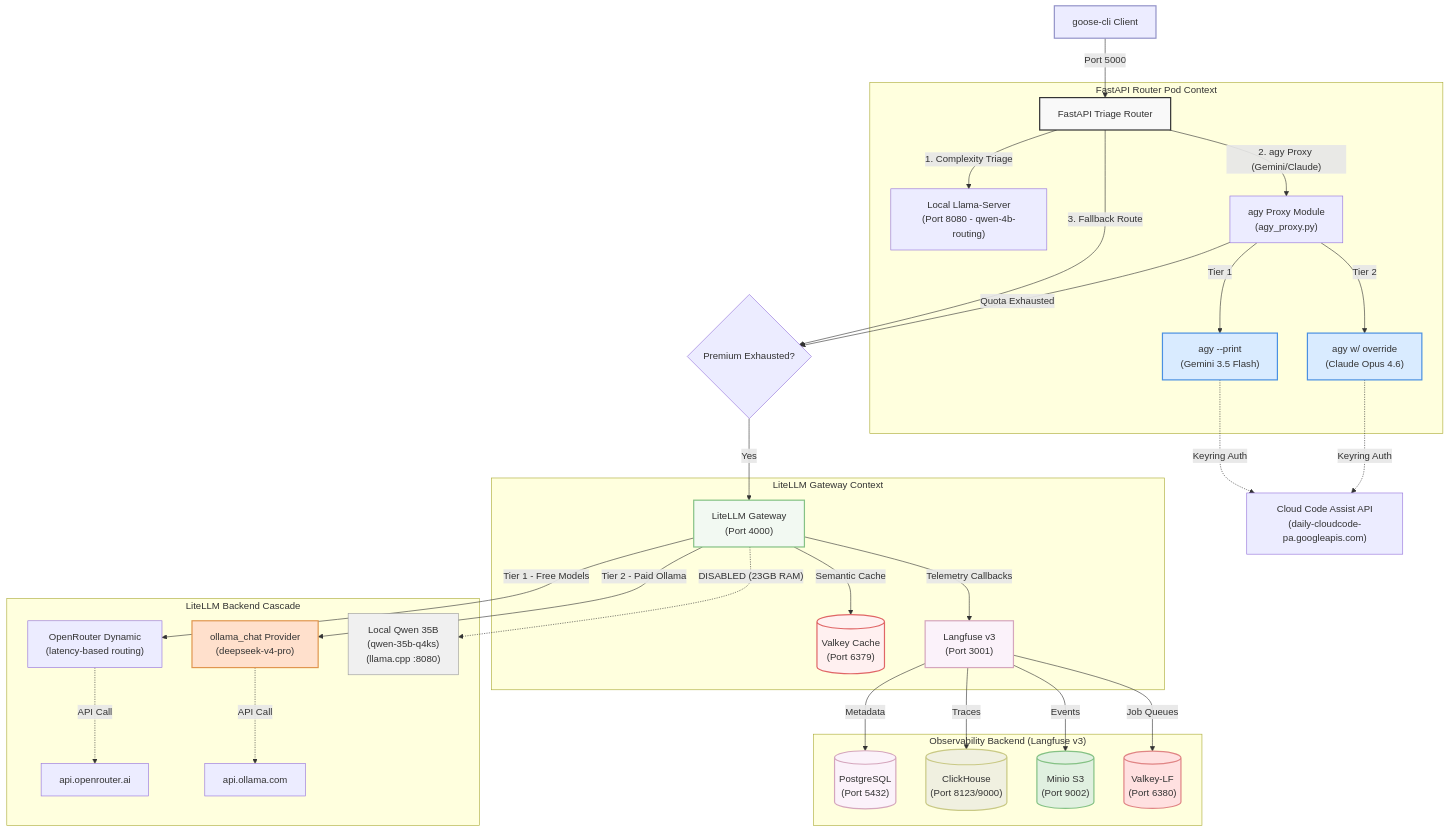
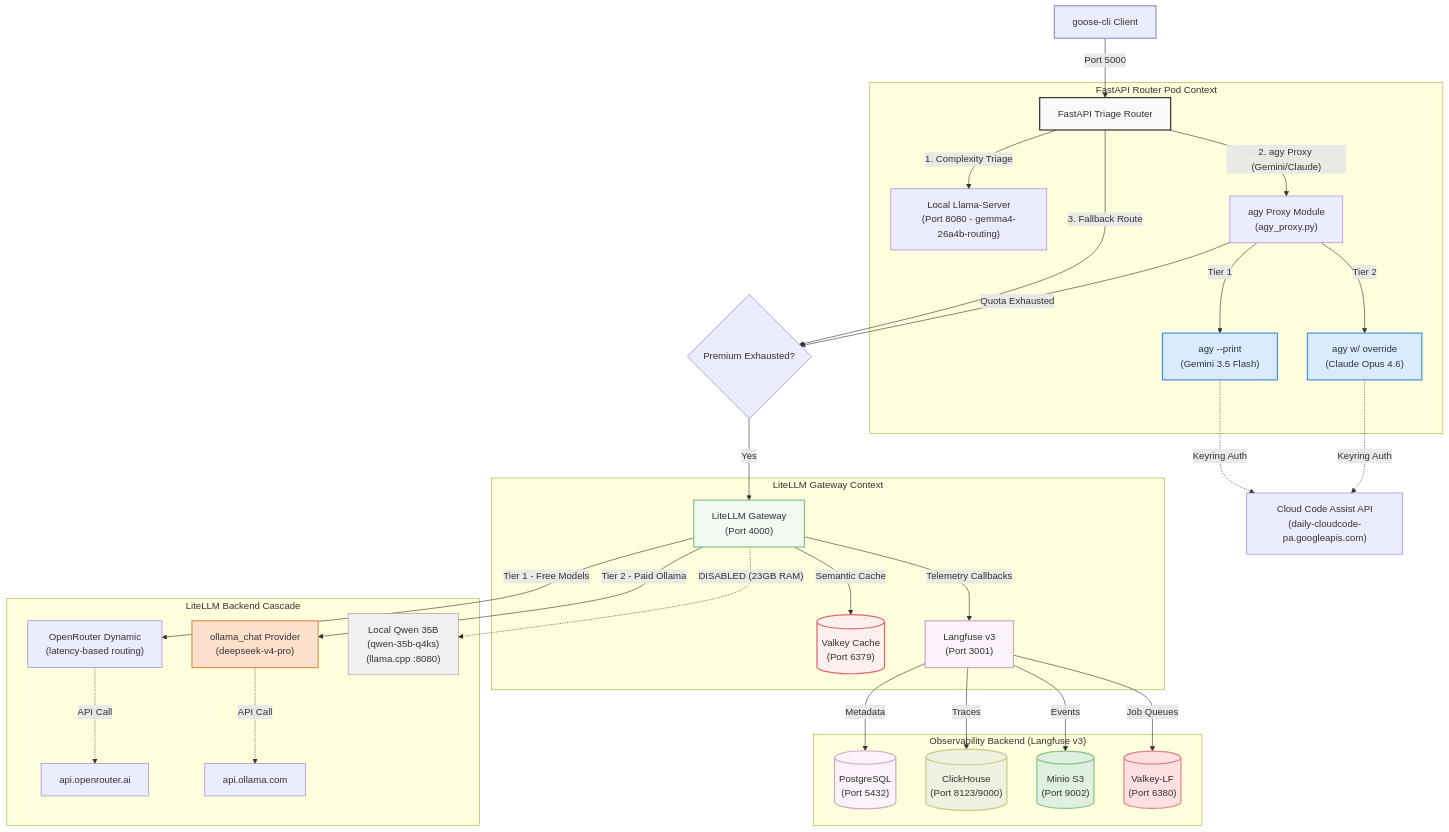
One commit to sheepdestroyer/LLM-Routing changed the first of 3 diagrams in README.md. Above: the diagram before and after it, drawn with Mermaid. The commit also changed other lines of this file and 5 other files, not shown here.

First line of the commit message:
Deploy llama-server classifier container and update routing configuration

````diff
--- a/README.md
+++ b/README.md
@@ -15,53 +15,53 @@
 ```mermaid
 graph TD
     Client["goose-cli Client"] -->|Port 5000| Router["FastAPI Triage Router"]
 
     subgraph FastAPIRouter ["FastAPI Router Pod Context"]
-        Router -->|1. Complexity Triage| LlamaServer["Local Llama-Server\n(Port 8080 - qwen-4b-routing)"]
+        Router -->|1. Complexity Triage| LlamaServer["Local Llama-Server\n(Port 8080 - gemma4-26a4b-routing)"]
         Router -->|"2. agy Proxy (Gemini/Claude)"| AgyProxy["agy Proxy Module\n(agy_proxy.py)"]
 
         AgyProxy -->|Tier 1| AgyGemini["agy --print\n(Gemini 3.5 Flash)"]
         AgyProxy -->|Tier 2| AgyOpus["agy w/ override\n(Claude Opus 4.6)"]
     end
 
     AgyGemini -.->|Keyring Auth| Google["Cloud Code Assist API\n(daily-cloudcode-pa.googleapis.com)"]
     AgyOpus -.->|Keyring Auth| Google
 
     Router -->|3. Fallback Route| RouteSelector{"Premium Exhausted?"}
     RouteSelector -->|Yes| LiteLLM["LiteLLM Gateway\n(Port 4000)"]
     AgyProxy -->|Quota Exhausted| RouteSelector
 
     subgraph LiteLLMGateway ["LiteLLM Gateway Context"]
         LiteLLM -->|Semantic Cache| Valkey[("Valkey Cache\n(Port 6379)")]
         LiteLLM -->|Telemetry Callbacks| Langfuse["Langfuse v3\n(Port 3001)"]
     end
 
     subgraph BackendRoutingCascade ["LiteLLM Backend Cascade"]
         LiteLLM -->|Tier 1 - Free Models| OpenRouter["OpenRouter Dynamic\n(latency-based routing)"]
         LiteLLM -->|Tier 2 - Paid Ollama| OllamaTier["ollama_chat Provider\n(deepseek-v4-pro)"]
         OpenRouter -.->|API Call| OpenRouterAPI["api.openrouter.ai"]
         OllamaTier -.->|API Call| OllamaAPI["api.ollama.com"]
         LiteLLM -.->|"DISABLED (23GB RAM)"| QwenLocal["Local Qwen 35B\n(qwen-35b-q4ks)\n(llama.cpp :8080)"]
     end
 
     subgraph Observability ["Observability Backend (Langfuse v3)"]
         Langfuse -->|Metadata| Postgres[("PostgreSQL\n(Port 5432)")]
         Langfuse -->|Traces| ClickHouse[("ClickHouse\n(Port 8123/9000)")]
         Langfuse -->|Events| Minio[("Minio S3\n(Port 9002)")]
         Langfuse -->|Job Queues| ValkeyLF[("Valkey-LF\n(Port 6380)")]
     end
 
     style Client fill:#ececff,stroke:#9393c9,stroke-width:2px;
     style Router fill:#f9f9f9,stroke:#333,stroke-width:2px;
     style AgyGemini fill:#d9ebff,stroke:#4a90e2,stroke-width:2px;
     style AgyOpus fill:#d9ebff,stroke:#4a90e2,stroke-width:2px;
     style LiteLLM fill:#f2f9f2,stroke:#85c285,stroke-width:2px;
     style OllamaTier fill:#ffe0cc,stroke:#e09650,stroke-width:2px;
     style Valkey fill:#fff0f0,stroke:#e06666,stroke-width:2px;
     style Langfuse fill:#fbf2fa,stroke:#d5a6bd,stroke-width:2px;
     style Postgres fill:#fbf2fa,stroke:#d5a6bd,stroke-width:2px;
     style ClickHouse fill:#f0f0e0,stroke:#c9c985,stroke-width:2px;
     style Minio fill:#e0f0e0,stroke:#85c285,stroke-width:2px;
     style ValkeyLF fill:#ffe0e0,stroke:#e08585,stroke-width:2px;
     style QwenLocal fill:#f0f0f0,stroke:#999,stroke-width:1px;
 ```
````
